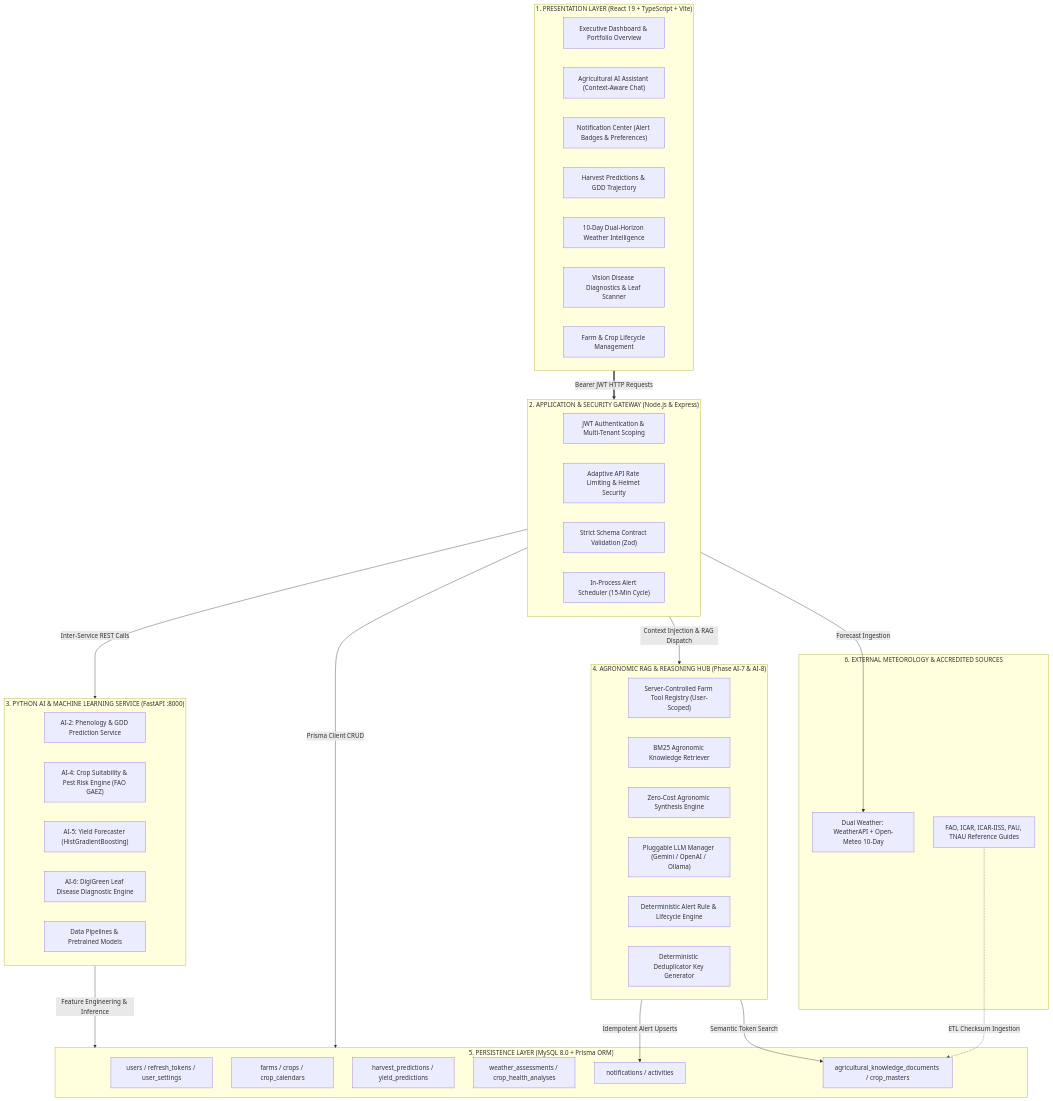
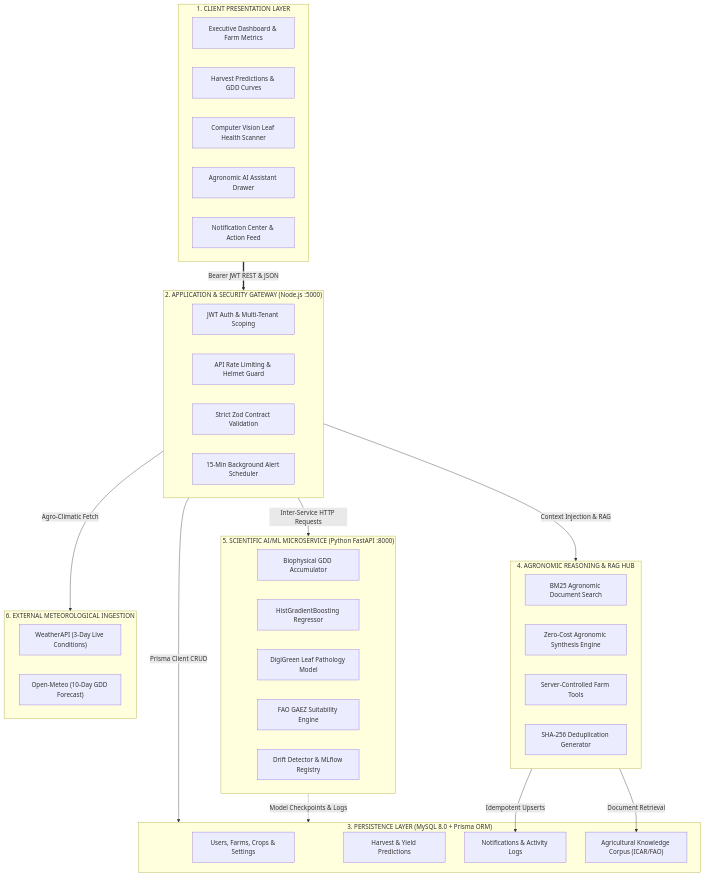
The first of 4 diagrams in README.md (DhruvPathak767/HarvestWindow), drawn with Mermaid before and after one commit. The commit also changed other lines of this file and 7 other files, not shown here.

````diff
--- a/README.md
+++ b/README.md
@@ -51,61 +118,54 @@
 ```mermaid
 flowchart TD
-    subgraph L1["1. PRESENTATION LAYER (React 19 + TypeScript + Vite)"]
-        UI_Dash["Executive Dashboard & Portfolio Overview"]
-        UI_Assistant["Agricultural AI Assistant (Context-Aware Chat)"]
-        UI_Notif["Notification Center (Alert Badges & Preferences)"]
-        UI_Forecast["Harvest Predictions & GDD Trajectory"]
-        UI_Weather["10-Day Dual-Horizon Weather Intelligence"]
-        UI_CropHealth["Vision Disease Diagnostics & Leaf Scanner"]
-        UI_Crops["Farm & Crop Lifecycle Management"]
+    subgraph L1["1. CLIENT PRESENTATION LAYER"]
+        UI_Dash["Executive Dashboard & Farm Metrics"]
+        UI_Forecast["Harvest Predictions & GDD Curves"]
+        UI_Vision["Computer Vision Leaf Health Scanner"]
+        UI_Chat["Agronomic AI Assistant Drawer"]
+        UI_Alerts["Notification Center & Action Feed"]
     end
 
-    subgraph L2["2. APPLICATION & SECURITY GATEWAY (Node.js & Express)"]
-        AuthMid["JWT Authentication & Multi-Tenant Scoping"]
-        RateLimiter["Adaptive API Rate Limiting & Helmet Security"]
-        ZodValidator["Strict Schema Contract Validation (Zod)"]
-        AlertScheduler["In-Process Alert Scheduler (15-Min Cycle)"]
+    subgraph L2["2. APPLICATION & SECURITY GATEWAY (Node.js :5000)"]
+        AuthMid["JWT Auth & Multi-Tenant Scoping"]
+        RateMid["API Rate Limiting & Helmet Guard"]
+        ZodMid["Strict Zod Contract Validation"]
+        CronMid["15-Min Background Alert Scheduler"]
     end
 
-    subgraph L3["3. PYTHON AI & MACHINE LEARNING SERVICE (FastAPI :8000)"]
-        AI2_GDD["AI-2: Phenology & GDD Prediction Service"]
-        AI4_Suit["AI-4: Crop Suitability & Pest Risk Engine (FAO GAEZ)"]
-        AI5_Yield["AI-5: Yield Forecaster (HistGradientBoosting)"]
-        AI6_Vision["AI-6: DigiGreen Leaf Disease Diagnostic Engine"]
-        ML_Pipelines["Data Pipelines & Pretrained Models"]
+    subgraph L3["3. PERSISTENCE LAYER (MySQL 8.0 + Prisma ORM)"]
+        DB_Core["Users, Farms, Crops & Settings"]
+        DB_AI["Harvest & Yield Predictions"]
+        DB_Alerts["Notifications & Activity Logs"]
+        DB_RAG["Agricultural Knowledge Corpus (ICAR/FAO)"]
     end
 
-    subgraph L4["4. AGRONOMIC RAG & REASONING HUB (Phase AI-7 & AI-8)"]
-        ServerTools["Server-Controlled Farm Tool Registry (User-Scoped)"]
-        BM25_Retriever["BM25 Agronomic Knowledge Retriever"]
-        LocalEngine["Zero-Cost Agronomic Synthesis Engine"]
-        LLM_Adapter["Pluggable LLM Manager (Gemini / OpenAI / Ollama)"]
-        RuleEngine["Deterministic Alert Rule & Lifecycle Engine"]
-        Deduplicator["Deterministic Deduplicator Key Generator"]
+    subgraph L4["4. AGRONOMIC REASONING & RAG HUB"]
+        BM25_Retriever["BM25 Agronomic Document Search"]
+        Local_Synth["Zero-Cost Agronomic Synthesis Engine"]
+        Tool_Registry["Server-Controlled Farm Tools"]
+        Dedup_Engine["SHA-256 Deduplication Generator"]
     end
 
-    subgraph L5["5. PERSISTENCE LAYER (MySQL 8.0 + Prisma ORM)"]
-        DB_Users["users / refresh_tokens / user_settings"]
-        DB_Farms["farms / crops / crop_calendars"]
-        DB_Predictions["harvest_predictions / yield_predictions"]
-        DB_Assessments["weather_assessments / crop_health_analyses"]
-        DB_Alerts["notifications / activities"]
-        DB_Knowledge["agricultural_knowledge_documents / crop_masters"]
+    subgraph L5["5. SCIENTIFIC AI/ML MICROSERVICE (Python FastAPI :8000)"]
+        GDD_Engine["Biophysical GDD Accumulator"]
+        Yield_ML["HistGradientBoosting Regressor"]
+        Vision_ML["DigiGreen Leaf Pathology Model"]
+        Suit_Engine["FAO GAEZ Suitability Engine"]
+        MLflow_Mon["Drift Detector & MLflow Registry"]
     end
 
-    subgraph L6["6. EXTERNAL METEOROLOGY & ACCREDITED SOURCES"]
-        WeatherAPIs["Dual Weather: WeatherAPI + Open-Meteo 10-Day"]
-        AccreditedSources["FAO, ICAR, ICAR-IISS, PAU, TNAU Reference Guides"]
+    subgraph L6["6. EXTERNAL METEOROLOGICAL INGESTION"]
+        Weather_Live["WeatherAPI (3-Day Live Conditions)"]
+        Weather_Forecast["Open-Meteo (10-Day GDD Forecast)"]
     end
 
-    %% Connections
-    L1 ==>|Bearer JWT HTTP Requests| L2
-    L2 -->|Inter-Service REST Calls| L3
-    L2 -->|Context Injection & RAG Dispatch| L4
-    L2 -->|Prisma Client CRUD| L5
-    L3 -->|Feature Engineering & Inference| L5
-    L4 -->|Semantic Token Search| DB_Knowledge
-    L4 -->|Idempotent Alert Upserts| DB_Alerts
-    L2 -->|Forecast Ingestion| WeatherAPIs
-    AccreditedSources -.->|ETL Checksum Ingestion| DB_Knowledge
+    %% Data and Execution Flow
+    L1 ==>|Bearer JWT REST & JSON| L2
+    L2 -->|Prisma Client CRUD| L3
+    L2 -->|Context Injection & RAG| L4
+    L2 -->|Inter-Service HTTP Requests| L5
+    L2 -->|Agro-Climatic Fetch| L6
+    L4 -->|Document Retrieval| DB_RAG
+    L4 -->|Idempotent Upserts| DB_Alerts
+    L5 -.->|Model Checkpoints & Logs| L3
 ```
````
